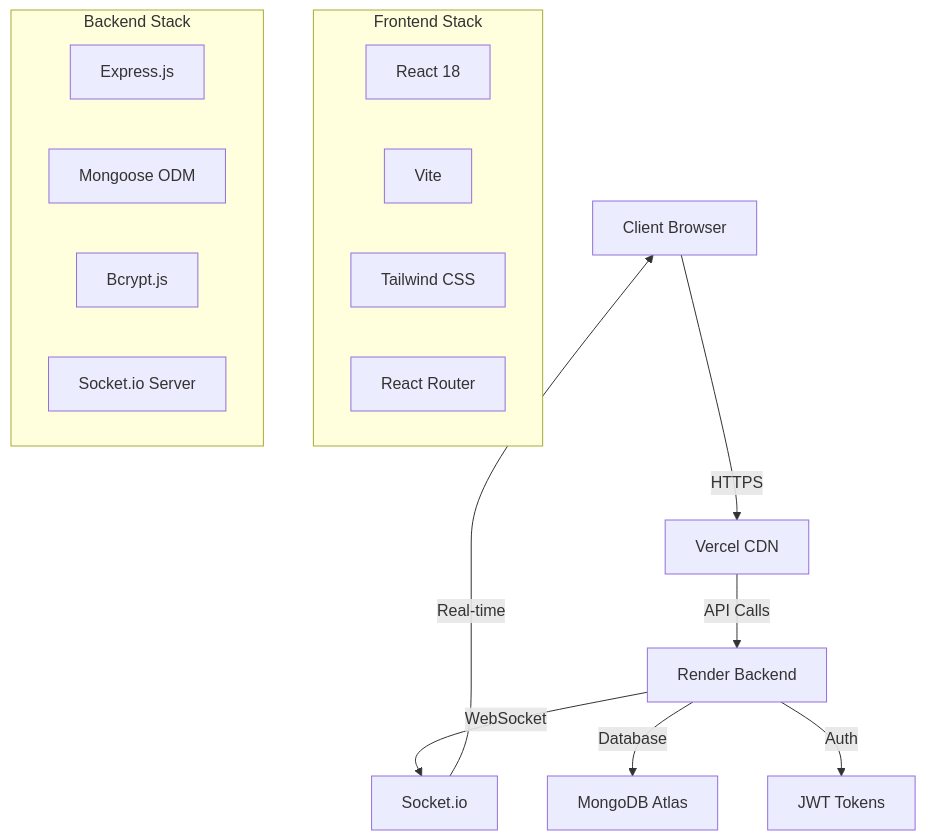
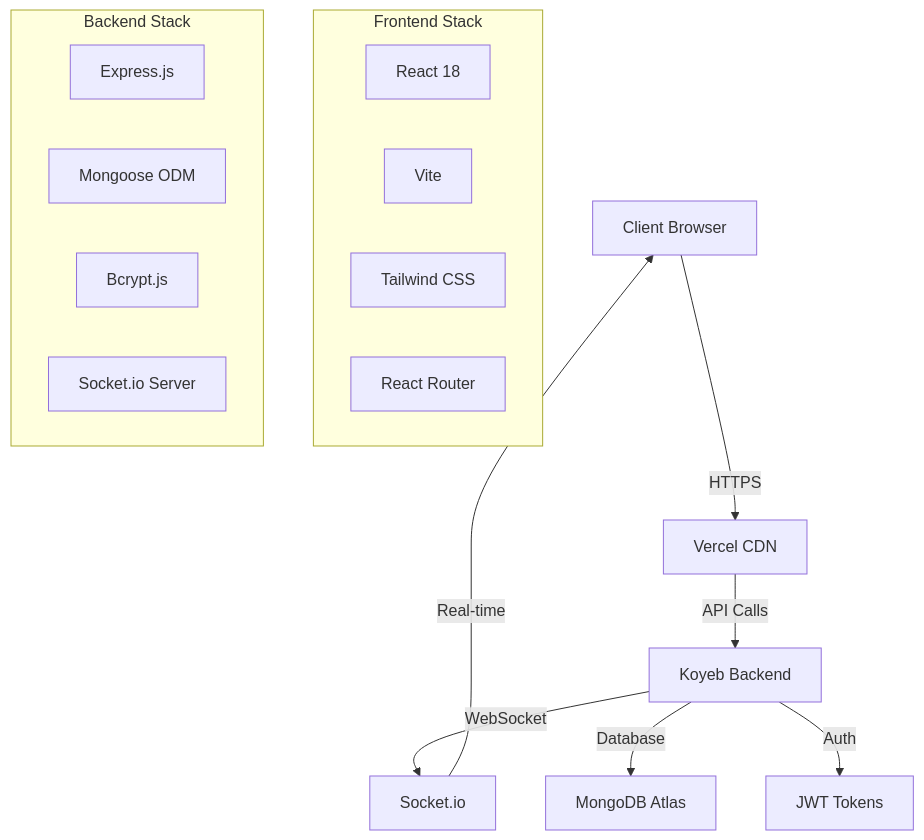
One commit to GEARdHAX/Gigflow changed the diagram in README.md. Above: the diagram before and after it, drawn with Mermaid. The commit also changed other lines of this file and 6 other files, not shown here.

````diff
--- a/README.md
+++ b/README.md
@@ -56,23 +56,23 @@
 ```mermaid
 graph TB
     A[Client Browser] -->|HTTPS| B[Vercel CDN]
-    B -->|API Calls| C[Render Backend]
+    B -->|API Calls| C[Koyeb Backend]
     C -->|WebSocket| D[Socket.io]
     C -->|Database| E[MongoDB Atlas]
     D -->|Real-time| A
     C -->|Auth| F[JWT Tokens]
     
     subgraph "Frontend Stack"
         G[React 18]
         H[Vite]
         I[Tailwind CSS]
         J[React Router]
     end
     
     subgraph "Backend Stack"
         K[Express.js]
         L[Mongoose ODM]
         M[Bcrypt.js]
         N[Socket.io Server]
     end
 ```
````
